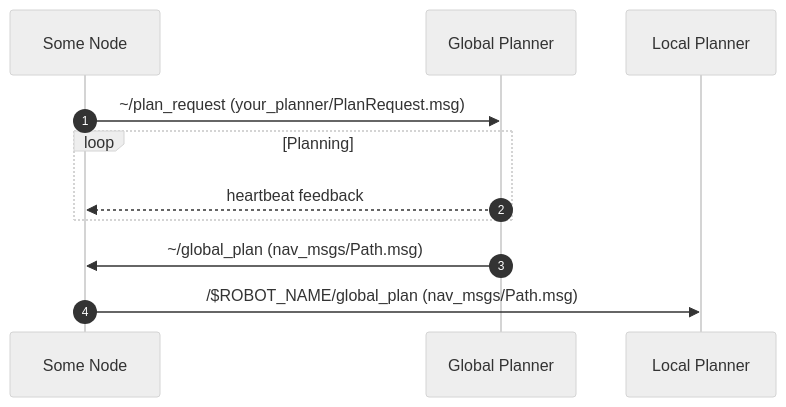
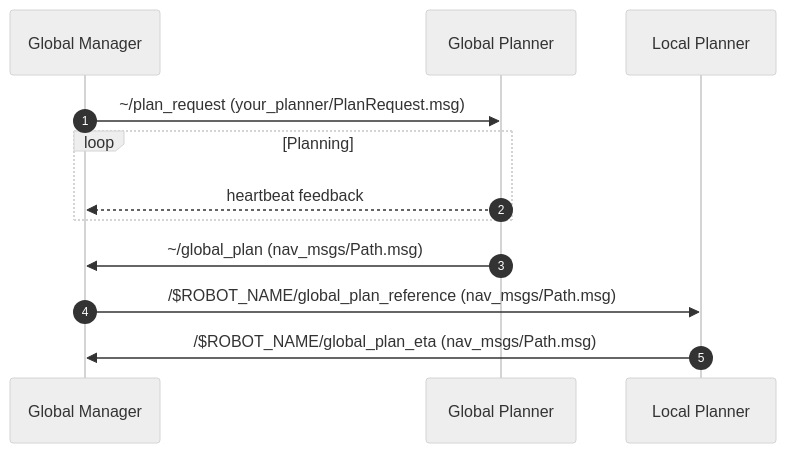
The diagram in docs/robot/autonomy/4_global/planning.md (castacks/AirStack), drawn with Mermaid (neutral theme) before and after one commit.

Commit message:
Add to global plan ICD sending feedback for ETA to waypoints

````diff
--- a/docs/robot/autonomy/4_global/planning.md
+++ b/docs/robot/autonomy/4_global/planning.md
@@ -30,10 +30,11 @@
 ``` mermaid
 sequenceDiagram
   autonumber
-  Some Node->>Global Planner: ~/plan_request (your_planner/PlanRequest.msg)
+  Global Manager->>Global Planner: ~/plan_request (your_planner/PlanRequest.msg)
   loop Planning
-      Global Planner-->>Some Node: heartbeat feedback
+      Global Planner-->>Global Manager: heartbeat feedback
   end
-  Global Planner->>Some Node: ~/global_plan (nav_msgs/Path.msg)
-  Some Node->>Local Planner: /$ROBOT_NAME/global_plan (nav_msgs/Path.msg)
+  Global Planner->>Global Manager: ~/global_plan (nav_msgs/Path.msg)
+  Global Manager->>Local Planner: /$ROBOT_NAME/global_plan_reference (nav_msgs/Path.msg)
+  Local Planner->>Global Manager: /$ROBOT_NAME/global_plan_eta (nav_msgs/Path.msg)
 ```
````
